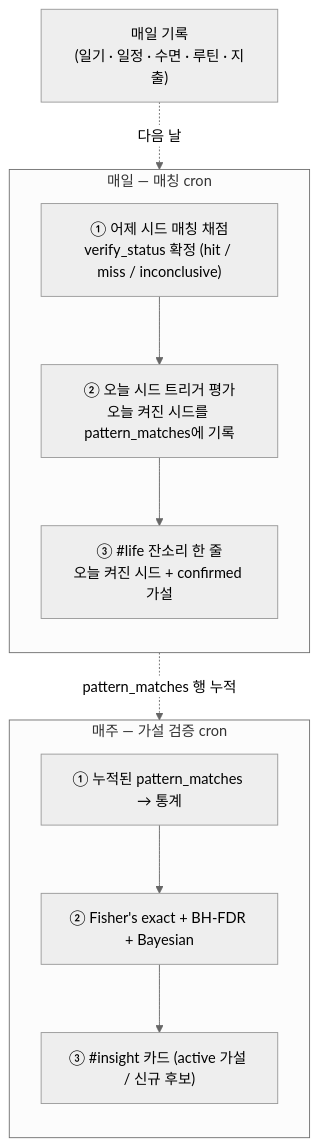
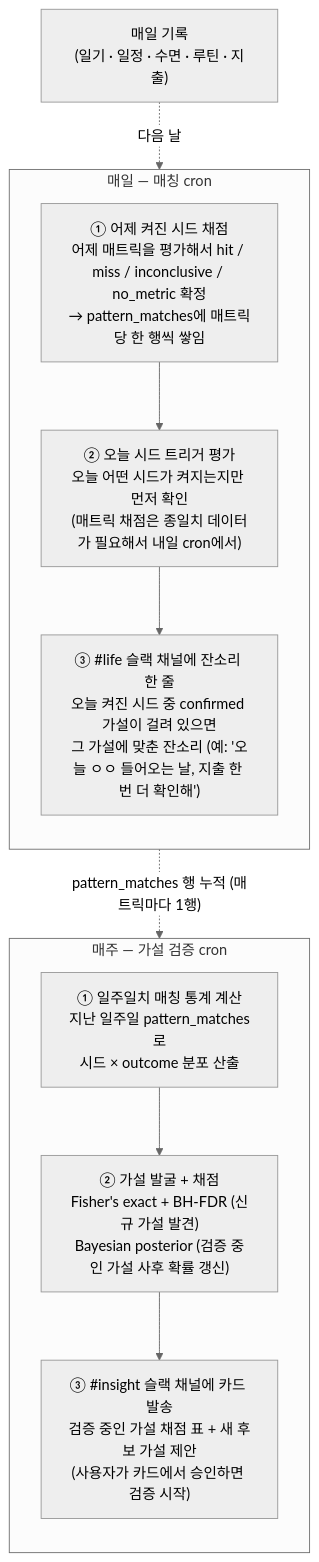
Before and after one commit to hyewon3938/slack-ai-agents: the first of 7 diagrams in docs/explainers/insight-v2.md, drawn with Mermaid (neutral theme). The commit also changed other lines of this file, not shown here.

Commit message:
docs(insight): 전체 그림 도식 라벨 구체화 (도식만으로 이해 가능하게)
§4 첫 도식이 너무 압축적이라 헷갈리는 문제 → 도식 내부에 정보 채움.

매일 박스:
- ① 어제 켜진 시드 채점: hit/miss/inconclusive/no_metric 결과 + pattern_matches 누적 흐름 명시
- ② 오늘 시드 트리거 평가: '시드만 먼저 확인 + 채점은 내일' 이유 표기
- ③ #life 슬랙 채널 명시 + confirmed 가설 잔소리 의미 풀이 + 예시 한 줄

매주 박스:
- ① 일주일치 매칭으로 시드 × outcome 분포 산출
- ② Fisher (신규 발굴) + Bayesian (사후 확률 갱신) 역할 분리
- ③ #insight 슬랙 채널 명시 + 검증 중 가설 채점 / 새 후보 제안 + 사용자 승인 흐름

화살표 라벨도 'pattern_matches 행 누적 (매트릭마다 1행)'으로 누적 단위 명시.
본문 bullet은 도식과 중복되는 부분 축소.

````diff
--- a/docs/explainers/insight-v2.md
+++ b/docs/explainers/insight-v2.md
@@ -92,23 +92,23 @@
 ```mermaid
 flowchart TB
   REC["매일 기록<br/>(일기 · 일정 · 수면 · 루틴 · 지출)"]
 
   subgraph DAILY["매일 — 매칭 cron"]
     direction TB
-    D1["① 어제 시드 매칭 채점<br/>verify_status 확정 (hit / miss / inconclusive)"]
-    D2["② 오늘 시드 트리거 평가<br/>오늘 켜진 시드를 pattern_matches에 기록"]
-    D3["③ #life 잔소리 한 줄<br/>오늘 켜진 시드 + confirmed 가설"]
+    D1["① 어제 켜진 시드 채점<br/>어제 매트릭을 평가해서 hit / miss / inconclusive / no_metric 확정<br/>→ pattern_matches에 매트릭당 한 행씩 쌓임"]
+    D2["② 오늘 시드 트리거 평가<br/>오늘 어떤 시드가 켜지는지만 먼저 확인<br/>(매트릭 채점은 종일치 데이터가 필요해서 내일 cron에서)"]
+    D3["③ #life 슬랙 채널에 잔소리 한 줄<br/>오늘 켜진 시드 중 confirmed 가설이 걸려 있으면<br/>그 가설에 맞춘 잔소리 (예: '오늘 ㅇㅇ 들어오는 날, 지출 한 번 더 확인해')"]
     D1 --> D2 --> D3
   end
 
   subgraph WEEKLY["매주 — 가설 검증 cron"]
     direction TB
-    W1["① 누적된 pattern_matches → 통계"]
-    W2["② Fisher's exact + BH-FDR + Bayesian"]
-    W3["③ #insight 카드 (active 가설 / 신규 후보)"]
+    W1["① 일주일치 매칭 통계 계산<br/>지난 일주일 pattern_matches로<br/>시드 × outcome 분포 산출"]
+    W2["② 가설 발굴 + 채점<br/>Fisher's exact + BH-FDR (신규 가설 발견)<br/>Bayesian posterior (검증 중인 가설 사후 확률 갱신)"]
+    W3["③ #insight 슬랙 채널에 카드 발송<br/>검증 중인 가설 채점 표 + 새 후보 가설 제안<br/>(사용자가 카드에서 승인하면 검증 시작)"]
     W1 --> W2 --> W3
   end
 
   REC -. 다음 날 .-> DAILY
-  DAILY -. pattern_matches 행 누적 .-> WEEKLY
+  DAILY -. "pattern_matches 행 누적 (매트릭마다 1행)" .-> WEEKLY
 ```
````
